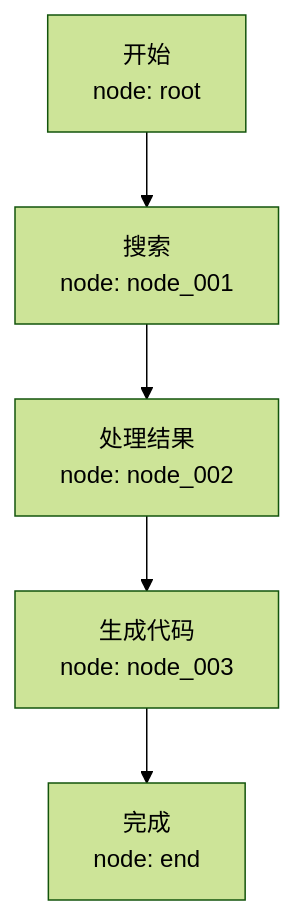
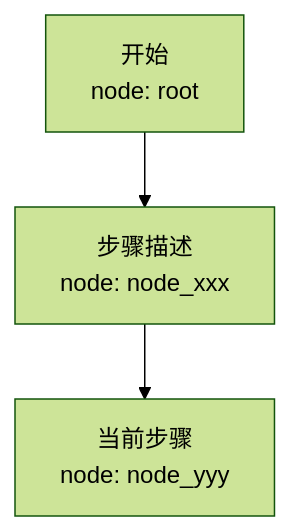
One commit to se7en3595-bit/memory-optimizer changed the diagram in SKILL.md. Above: the diagram before and after it, drawn with Mermaid (forest theme). The commit also changed other lines of this file and 4 other files, not shown here.

````diff
--- a/SKILL.md
+++ b/SKILL.md
@@ -149,7 +72,5 @@
 ```mermaid
 graph TD
-  A[开始<br/>node: root] --> B[搜索<br/>node: node_001]
-  B --> C[处理结果<br/>node: node_002]
-  C --> D[生成代码<br/>node: node_003]
-  D --> E[完成<br/>node: end]
+  A[开始<br/>node: root] --> B[步骤描述<br/>node: node_xxx]
+  B --> C[当前步骤<br/>node: node_yyy]
 ```
````
